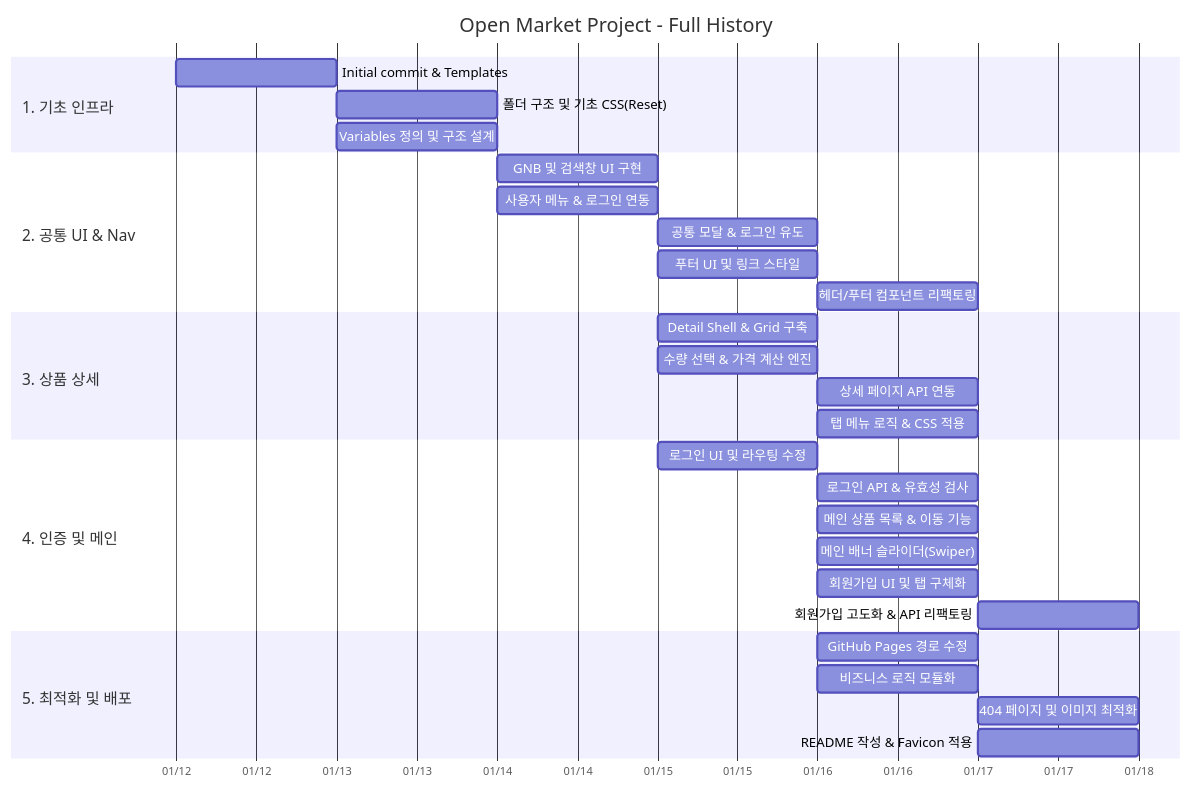
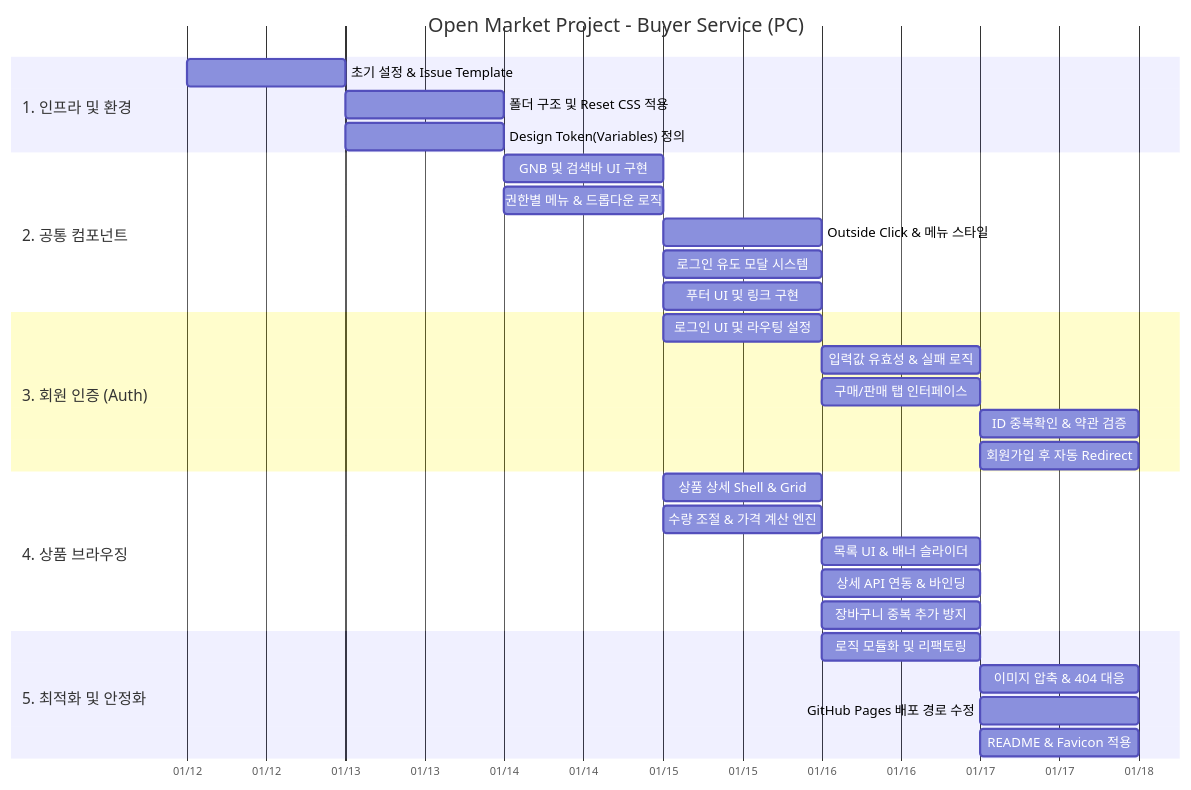
Before and after one commit to lhk0721/prtest: the fourth of 4 diagrams in README.md, drawn with Mermaid. The commit also changed other lines of this file, not shown here.

````diff
--- a/README.md
+++ b/README.md
@@ -560,40 +598,39 @@
 ```mermaid
-%%{init: { 'gantt': { 'barHeight': 25, 'fontSize': 12, 'sectionFontSize': 14, 'numberSectionStyles': 2, 'topPadding': 50, 'leftPadding': 150 } } }%%
+%%{init: { 'gantt': { 'barHeight': 25, 'fontSize': 12, 'sectionFontSize': 14, 'leftPadding': 160, 'gridLineStartPadding': 20 } } }%%
 gantt
-    title Open Market Project - Full History
+    title Open Market Project - Buyer Service (PC)
     dateFormat  YYYY-MM-DD
     axisFormat  %m/%d
 
-    section 1. 기초 인프라
-        Initial commit & Templates         :2026-01-12, 1d
-        폴더 구조 및 기초 CSS(Reset)       :2026-01-13, 1d
-        Variables 정의 및 구조 설계        :2026-01-13, 1d
+    section 1. 인프라 및 환경
+        초기 설정 & Issue Template      :2026-01-12, 1d
+        폴더 구조 및 Reset CSS 적용     :2026-01-13, 1d
+        Design Token(Variables) 정의    :2026-01-13, 1d
 
-    section 2. 공통 UI & Nav
-        GNB 및 검색창 UI 구현              :2026-01-14, 1d
-        사용자 메뉴 & 로그인 연동          :2026-01-14, 1d
-        공통 모달 & 로그인 유도            :2026-01-15, 1d
-        푸터 UI 및 링크 스타일             :2026-01-15, 1d
-        헤더/푸터 컴포넌트 리팩토링        :2026-01-16, 1d
+    section 2. 공통 컴포넌트
+        GNB 및 검색바 UI 구현           :2026-01-14, 1d
+        권한별 메뉴 & 드롭다운 로직     :2026-01-14, 1d
+        Outside Click & 메뉴 스타일     :2026-01-15, 1d
+        로그인 유도 모달 시스템         :2026-01-15, 1d
+        푸터 UI 및 링크 구현            :2026-01-15, 1d
 
-    section 3. 상품 상세
-        Detail Shell & Grid 구축           :2026-01-15, 1d
-        수량 선택 & 가격 계산 엔진         :2026-01-15, 1d
-        상세 페이지 API 연동               :2026-01-16, 1d
-        탭 메뉴 로직 & CSS 적용            :2026-01-16, 1d
+    section 3. 회원 인증 (Auth)
+        로그인 UI 및 라우팅 설정        :2026-01-15, 1d
+        입력값 유효성 & 실패 로직       :2026-01-16, 1d
+        구매/판매 탭 인터페이스         :2026-01-16, 1d
+        ID 중복확인 & 약관 검증         :2026-01-17, 1d
+        회원가입 후 자동 Redirect       :2026-01-17, 1d
 
-    section 4. 인증 및 메인
-        로그인 UI 및 라우팅 수정           :2026-01-15, 1d
-        로그인 API & 유효성 검사           :2026-01-16, 1d
-        메인 상품 목록 & 이동 기능         :2026-01-16, 1d
-        메인 배너 슬라이더(Swiper)         :2026-01-16, 1d
-        회원가입 UI 및 탭 구체화           :2026-01-16, 1d
-        회원가입 고도화 & API 리팩토링     :2026-01-17, 1d
+    section 4. 상품 브라우징
+        상품 상세 Shell & Grid          :2026-01-15, 1d
+        수량 조절 & 가격 계산 엔진      :2026-01-15, 1d
+        목록 UI & 배너 슬라이더         :2026-01-16, 1d
+        상세 API 연동 & 바인딩          :2026-01-16, 1d
+        장바구니 중복 추가 방지         :2026-01-16, 1d
 
-    section 5. 최적화 및 배포
-        GitHub Pages 경로 수정             :2026-01-16, 1d
-        비즈니스 로직 모듈화               :2026-01-16, 1d
-        404 페이지 및 이미지 최적화        :2026-01-17, 1d
-        README 작성 & Favicon 적용         :2026-01-17, 1d
-
+    section 5. 최적화 및 안정화
+        로직 모듈화 및 리팩토링         :2026-01-16, 1d
+        이미지 압축 & 404 대응          :2026-01-17, 1d
+        GitHub Pages 배포 경로 수정     :2026-01-17, 1d
+        README & Favicon 적용           :2026-01-17, 1d
 ```
````
